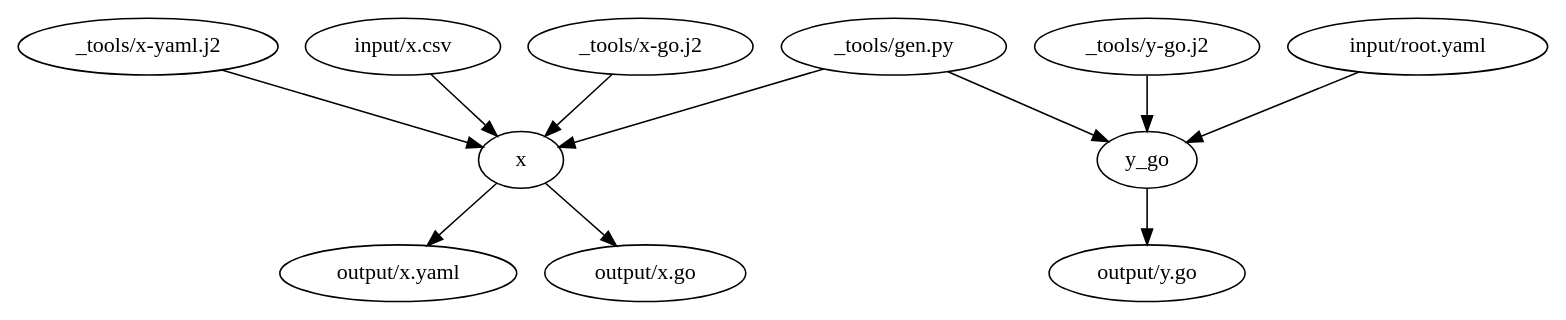
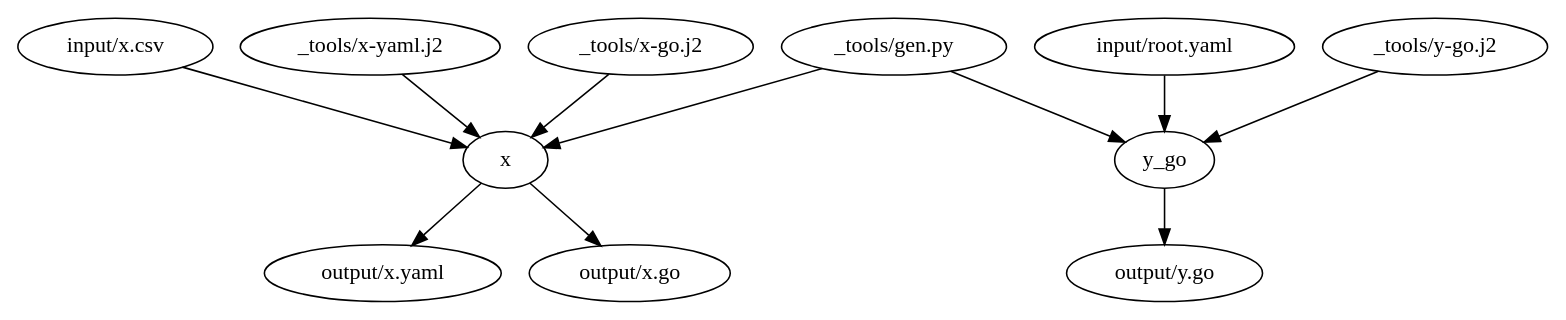
The diagram in examples/e2e/customize/02makegen-command/graph.dot (podhmo/egoist), drawn with Graphviz before and after one commit.

Commit message:
chore: update examples

```diff
--- a/examples/e2e/customize/02makegen-command/graph.dot
+++ b/examples/e2e/customize/02makegen-command/graph.dot
@@ -1,26 +1,26 @@
 digraph G {
     // nodes
     g0 [label="x", shape=oval];
     g1 [label="output/x.yaml", shape=oval];
     g2 [label="output/x.go", shape=oval];
     g3 [label="y_go", shape=oval];
     g4 [label="output/y.go", shape=oval];
-    g5 [label="_tools/gen.py", shape=oval];
-    g6 [label="_tools/x-yaml.j2", shape=oval];
-    g7 [label="input/x.csv", shape=oval];
+    g5 [label="input/x.csv", shape=oval];
+    g6 [label="_tools/gen.py", shape=oval];
+    g7 [label="_tools/x-yaml.j2", shape=oval];
     g8 [label="_tools/x-go.j2", shape=oval];
-    g9 [label="_tools/y-go.j2", shape=oval];
-    g10 [label="input/root.yaml", shape=oval];
+    g9 [label="input/root.yaml", shape=oval];
+    g10 [label="_tools/y-go.j2", shape=oval];
 
     // edges
     g5 -> g0;
     g6 -> g0;
     g7 -> g0;
     g8 -> g0;
     g0 -> g1;
     g0 -> g2;
-    g5 -> g3;
     g9 -> g3;
+    g6 -> g3;
     g10 -> g3;
     g3 -> g4;
 }
```
